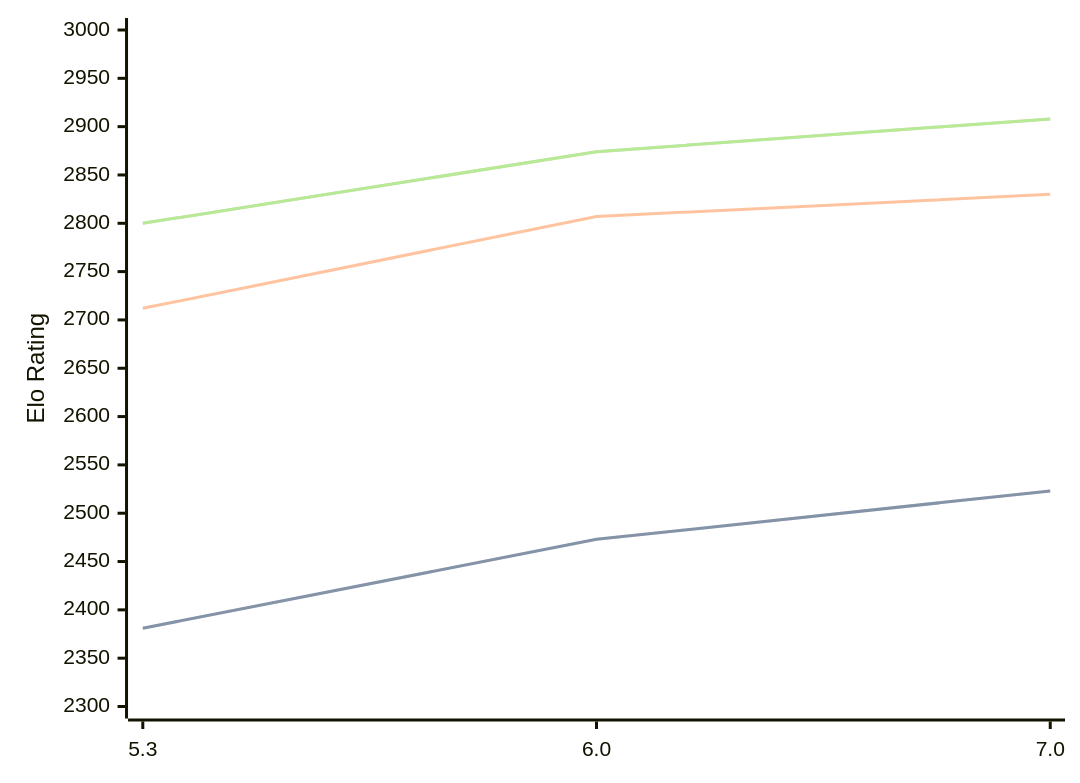
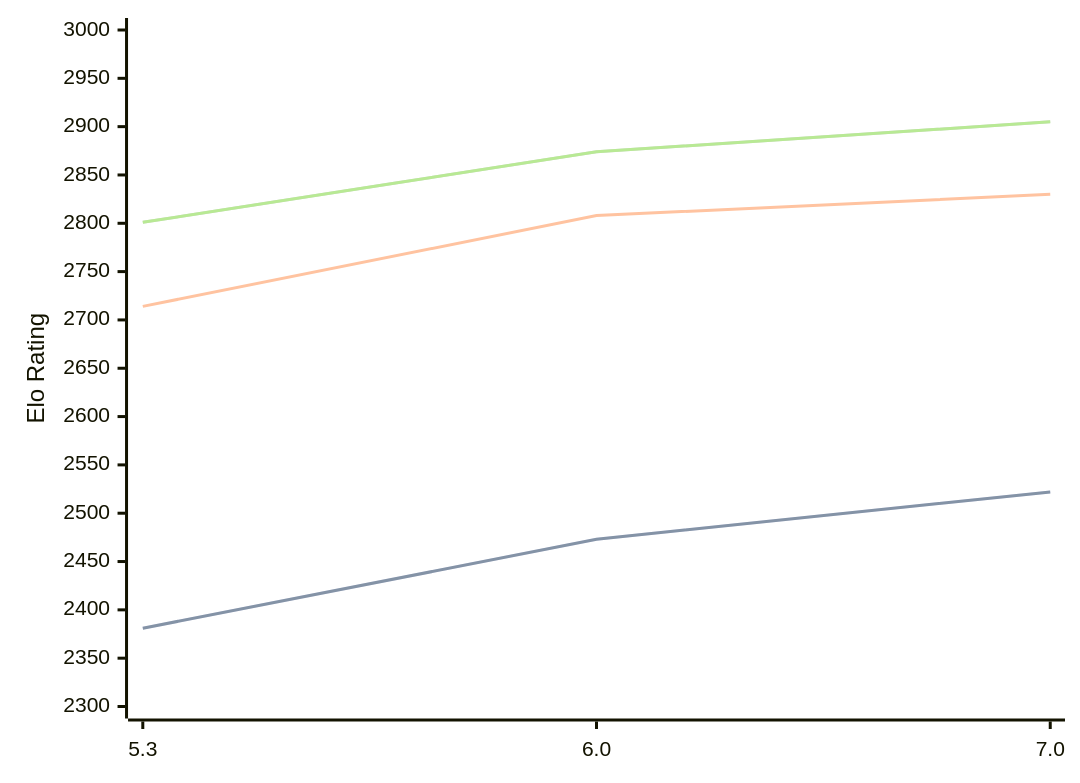
The diagram in engines/tomitankChess.md (computer-chess-index/cci), drawn with Mermaid before and after one commit. The commit also changed other lines of this file, not shown here.

Commit message:
Update CCI Ratings (ELO VLTC) - 2026-08-19

````diff
--- a/engines/tomitankChess.md
+++ b/engines/tomitankChess.md
@@ -33,11 +33,11 @@
 ```mermaid
 %%{init: {"theme":"base","themeVariables":{"seriesColors:['#a3a3a3','#222221','#faa371']}}}%%
 xychart-beta
   x-axis ["5.3", "6.0", "7.0"]
   y-axis "Elo Rating" 2300 --> 3000
-  line "STC (8.0+0.08s)" [2381, 2473, 2523]
-  line "STC (8.0+0.08s)" [2381, 2473, 2523]
-  line "LTC (60.0+0.60s)" [2712, 2807, 2830]
-  line "VLTC (2m24s+1.12s)" [2800, 2874, 2908]
-  line "VLTC (2m24s+1.12s)" [2800, 2874, 2908]
+  line "STC (8.0+0.08s)" [2381, 2473, 2522]
+  line "STC (8.0+0.08s)" [2381, 2473, 2522]
+  line "LTC (60.0+0.60s)" [2714, 2808, 2830]
+  line "VLTC (2m24s+1.12s)" [2801, 2874, 2905]
+  line "VLTC (2m24s+1.12s)" [2801, 2874, 2905]
 ```
````
